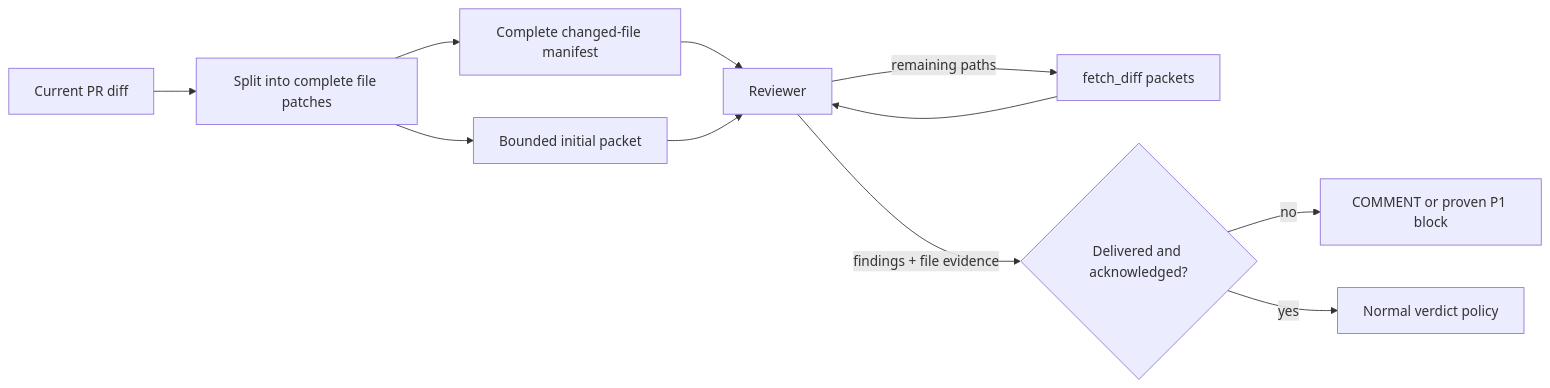
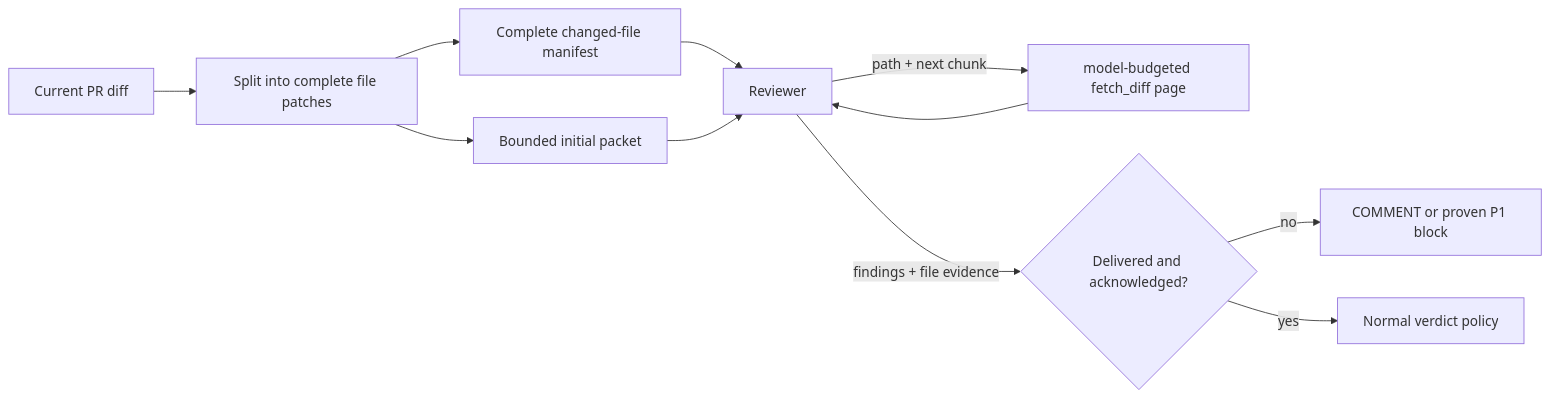
Before and after one commit to Ngineer101/turbodiff: the first of 3 diagrams in docs/review-quality.md, drawn with Mermaid. The commit also changed other lines of this file and 16 other files, not shown here.

Commit message:
feat(review): page diffs by model budget

````diff
--- a/docs/review-quality.md
+++ b/docs/review-quality.md
@@ -24,13 +30,13 @@
 ```mermaid
 flowchart LR
   PR["Current PR diff"] --> SPLIT["Split into complete file patches"]
   SPLIT --> MANIFEST["Complete changed-file manifest"]
   SPLIT --> PACKET["Bounded initial packet"]
   MANIFEST --> AGENT["Reviewer"]
   PACKET --> AGENT
-  AGENT -->|"remaining paths"| MORE["fetch_diff packets"]
+  AGENT -->|"path + next chunk"| MORE["model-budgeted fetch_diff page"]
   MORE --> AGENT
   AGENT -->|"findings + file evidence"| GATE{"Delivered and acknowledged?"}
   GATE -->|"no"| COMMENT["COMMENT or proven P1 block"]
   GATE -->|"yes"| VERDICT["Normal verdict policy"]
 ```
````
